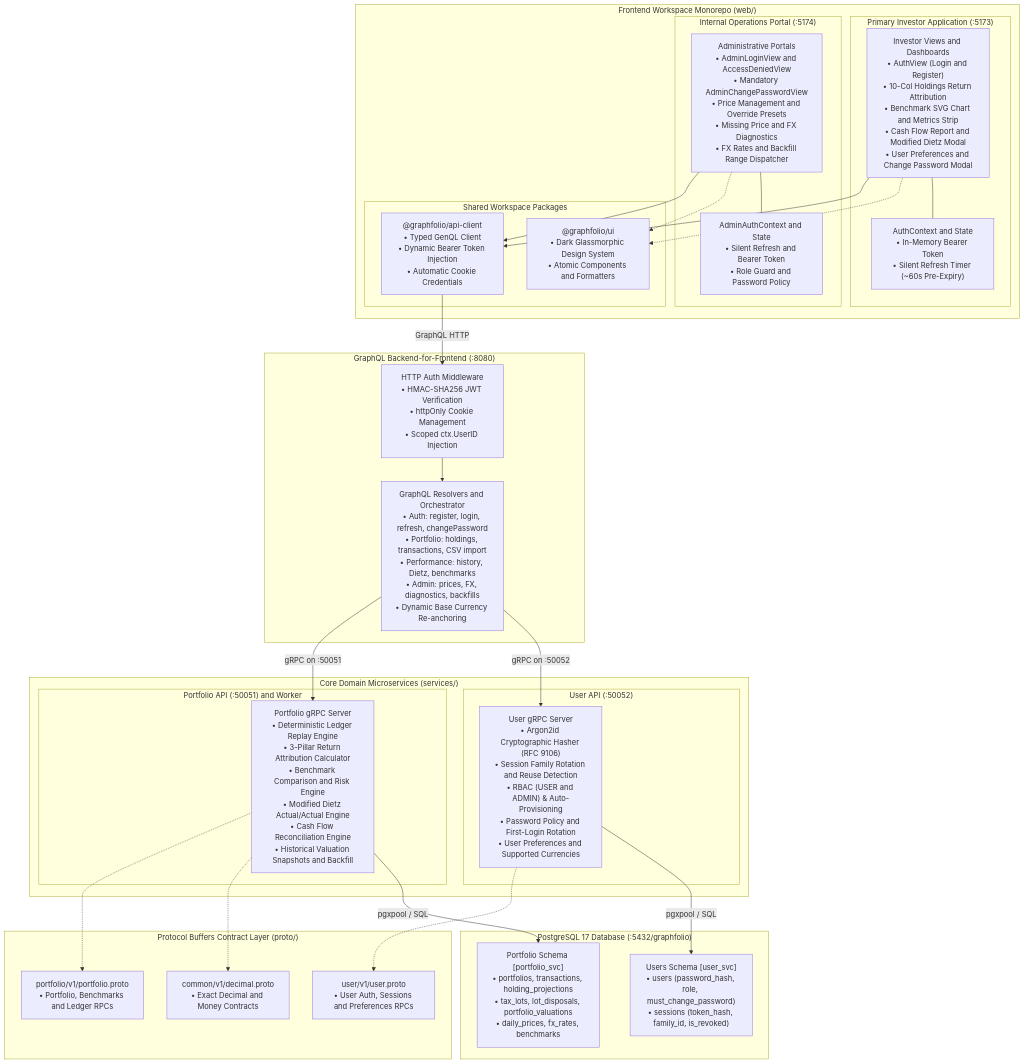
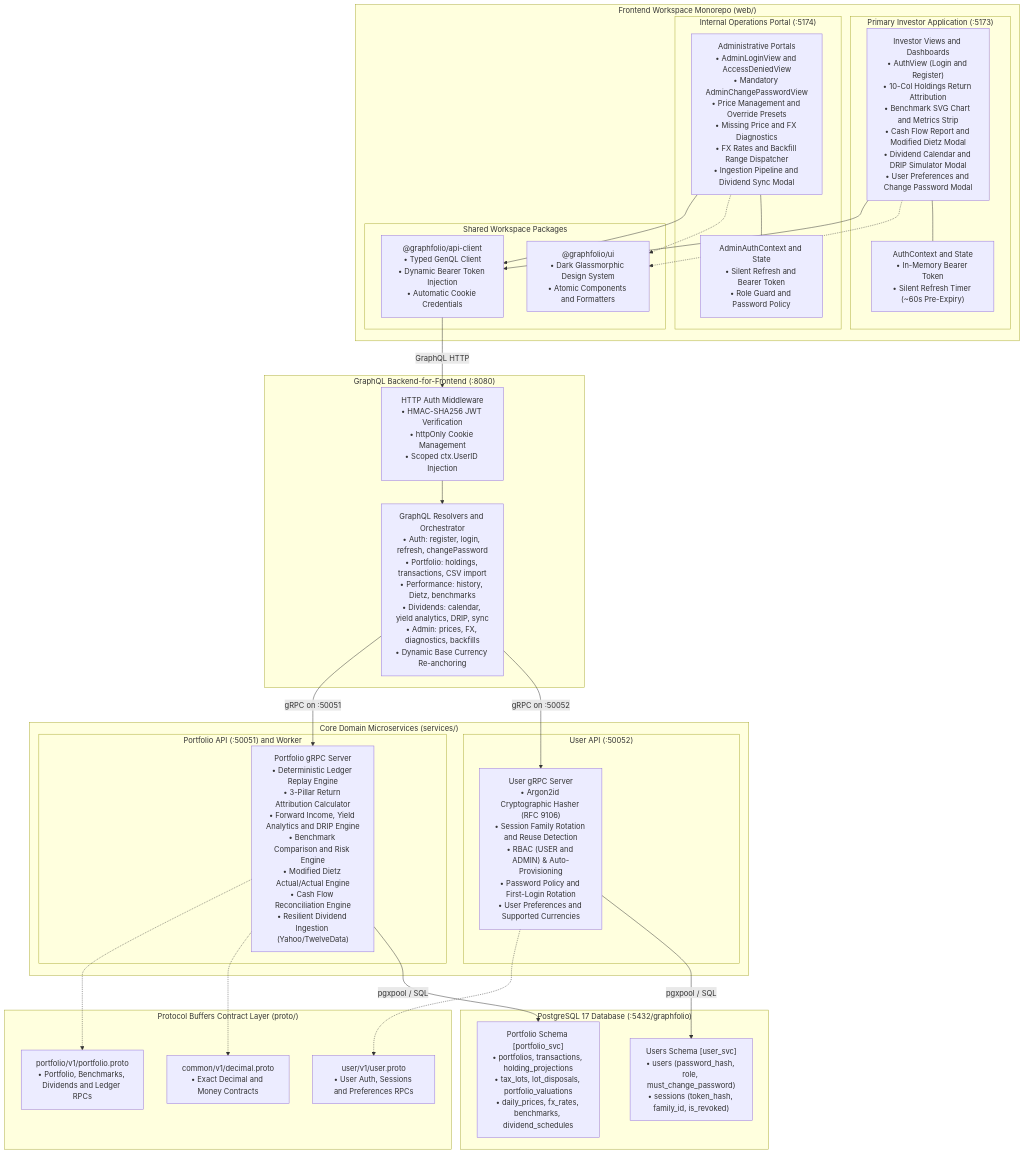
Before and after one commit to garcios/graphfolio: the diagram in README.md, drawn with Mermaid. The commit also changed other lines of this file and 58 other files, not shown here.

Commit message:
feat: implement dividend market data ingestion pipeline and calendar yield analytics

````diff
--- a/README.md
+++ b/README.md
@@ -190,70 +199,70 @@
 ```mermaid
 flowchart TB
     subgraph WebMonorepo ["Frontend Workspace Monorepo (web/)"]
         subgraph MainApp ["Primary Investor Application (:5173)"]
-            MAIN_UI["Investor Views and Dashboards<br/>• AuthView (Login and Register)<br/>• 10-Col Holdings Return Attribution<br/>• Benchmark SVG Chart and Metrics Strip<br/>• Cash Flow Report and Modified Dietz Modal<br/>• User Preferences and Change Password Modal"]
+            MAIN_UI["Investor Views and Dashboards<br/>• AuthView (Login and Register)<br/>• 10-Col Holdings Return Attribution<br/>• Benchmark SVG Chart and Metrics Strip<br/>• Cash Flow Report and Modified Dietz Modal<br/>• Dividend Calendar and DRIP Simulator Modal<br/>• User Preferences and Change Password Modal"]
             AUTH_CTX["AuthContext and State<br/>• In-Memory Bearer Token<br/>• Silent Refresh Timer (~60s Pre-Expiry)"]
         end
 
         subgraph AdminApp ["Internal Operations Portal (:5174)"]
-            ADMIN_UI["Administrative Portals<br/>• AdminLoginView and AccessDeniedView<br/>• Mandatory AdminChangePasswordView<br/>• Price Management and Override Presets<br/>• Missing Price and FX Diagnostics<br/>• FX Rates and Backfill Range Dispatcher"]
+            ADMIN_UI["Administrative Portals<br/>• AdminLoginView and AccessDeniedView<br/>• Mandatory AdminChangePasswordView<br/>• Price Management and Override Presets<br/>• Missing Price and FX Diagnostics<br/>• FX Rates and Backfill Range Dispatcher<br/>• Ingestion Pipeline and Dividend Sync Modal"]
             ADMIN_AUTH_CTX["AdminAuthContext and State<br/>• Silent Refresh and Bearer Token<br/>• Role Guard and Password Policy"]
         end
 
         subgraph SharedPackages ["Shared Workspace Packages"]
             CLIENT_PKG["@graphfolio/api-client<br/>• Typed GenQL Client<br/>• Dynamic Bearer Token Injection<br/>• Automatic Cookie Credentials"]
             UI_PKG["@graphfolio/ui<br/>• Dark Glassmorphic Design System<br/>• Atomic Components and Formatters"]
         end
     end
 
     subgraph BFFLayer ["GraphQL Backend-for-Frontend (:8080)"]
         BFF_MW["HTTP Auth Middleware<br/>• HMAC-SHA256 JWT Verification<br/>• httpOnly Cookie Management<br/>• Scoped ctx.UserID Injection"]
-        BFF_RESOLVER["GraphQL Resolvers and Orchestrator<br/>• Auth: register, login, refresh, changePassword<br/>• Portfolio: holdings, transactions, CSV import<br/>• Performance: history, Dietz, benchmarks<br/>• Admin: prices, FX, diagnostics, backfills<br/>• Dynamic Base Currency Re-anchoring"]
+        BFF_RESOLVER["GraphQL Resolvers and Orchestrator<br/>• Auth: register, login, refresh, changePassword<br/>• Portfolio: holdings, transactions, CSV import<br/>• Performance: history, Dietz, benchmarks<br/>• Dividends: calendar, yield analytics, DRIP, sync<br/>• Admin: prices, FX, diagnostics, backfills<br/>• Dynamic Base Currency Re-anchoring"]
     end
 
     subgraph ProtoLayer ["Protocol Buffers Contract Layer (proto/)"]
         COMMON_PB["common/v1/decimal.proto<br/>• Exact Decimal and Money Contracts"]
-        PORT_PB["portfolio/v1/portfolio.proto<br/>• Portfolio, Benchmarks and Ledger RPCs"]
+        PORT_PB["portfolio/v1/portfolio.proto<br/>• Portfolio, Benchmarks, Dividends and Ledger RPCs"]
         USER_PB["user/v1/user.proto<br/>• User Auth, Sessions and Preferences RPCs"]
     end
 
     subgraph ServiceLayer ["Core Domain Microservices (services/)"]
         subgraph PortService ["Portfolio API (:50051) and Worker"]
-            PORT_SERVER["Portfolio gRPC Server<br/>• Deterministic Ledger Replay Engine<br/>• 3-Pillar Return Attribution Calculator<br/>• Benchmark Comparison and Risk Engine<br/>• Modified Dietz Actual/Actual Engine<br/>• Cash Flow Reconciliation Engine<br/>• Historical Valuation Snapshots and Backfill"]
+            PORT_SERVER["Portfolio gRPC Server<br/>• Deterministic Ledger Replay Engine<br/>• 3-Pillar Return Attribution Calculator<br/>• Forward Income, Yield Analytics and DRIP Engine<br/>• Benchmark Comparison and Risk Engine<br/>• Modified Dietz Actual/Actual Engine<br/>• Cash Flow Reconciliation Engine<br/>• Resilient Dividend Ingestion (Yahoo/TwelveData)"]
         end
 
         subgraph UserService ["User API (:50052)"]
             USER_SERVER["User gRPC Server<br/>• Argon2id Cryptographic Hasher (RFC 9106)<br/>• Session Family Rotation and Reuse Detection<br/>• RBAC (USER and ADMIN) & Auto-Provisioning<br/>• Password Policy and First-Login Rotation<br/>• User Preferences and Supported Currencies"]
         end
     end
 
     subgraph DBLayer ["PostgreSQL 17 Database (:5432/graphfolio)"]
-        PORT_DB["Portfolio Schema [portfolio_svc]<br/>• portfolios, transactions, holding_projections<br/>• tax_lots, lot_disposals, portfolio_valuations<br/>• daily_prices, fx_rates, benchmarks"]
+        PORT_DB["Portfolio Schema [portfolio_svc]<br/>• portfolios, transactions, holding_projections<br/>• tax_lots, lot_disposals, portfolio_valuations<br/>• daily_prices, fx_rates, benchmarks, dividend_schedules"]
         USER_DB["Users Schema [user_svc]<br/>• users (password_hash, role, must_change_password)<br/>• sessions (token_hash, family_id, is_revoked)"]
     end
 
     %% Web Monorepo Internal Bindings
     MAIN_UI --> CLIENT_PKG
     ADMIN_UI --> CLIENT_PKG
     MAIN_UI -.-> UI_PKG
     ADMIN_UI -.-> UI_PKG
     MAIN_UI --- AUTH_CTX
     ADMIN_UI --- ADMIN_AUTH_CTX
 
     %% Frontend to BFF Communication
     CLIENT_PKG -->|"GraphQL HTTP"| BFF_MW
     BFF_MW --> BFF_RESOLVER
 
     %% BFF to Microservices gRPC
     BFF_RESOLVER -->|"gRPC on :50051"| PORT_SERVER
     BFF_RESOLVER -->|"gRPC on :50052"| USER_SERVER
 
     %% Protobuf Contract Implementations
     PORT_SERVER -.-> PORT_PB
     PORT_SERVER -.-> COMMON_PB
     USER_SERVER -.-> USER_PB
 
     %% Microservices to Database
     PORT_SERVER -->|"pgxpool / SQL"| PORT_DB
     USER_SERVER -->|"pgxpool / SQL"| USER_DB
 ```
````
